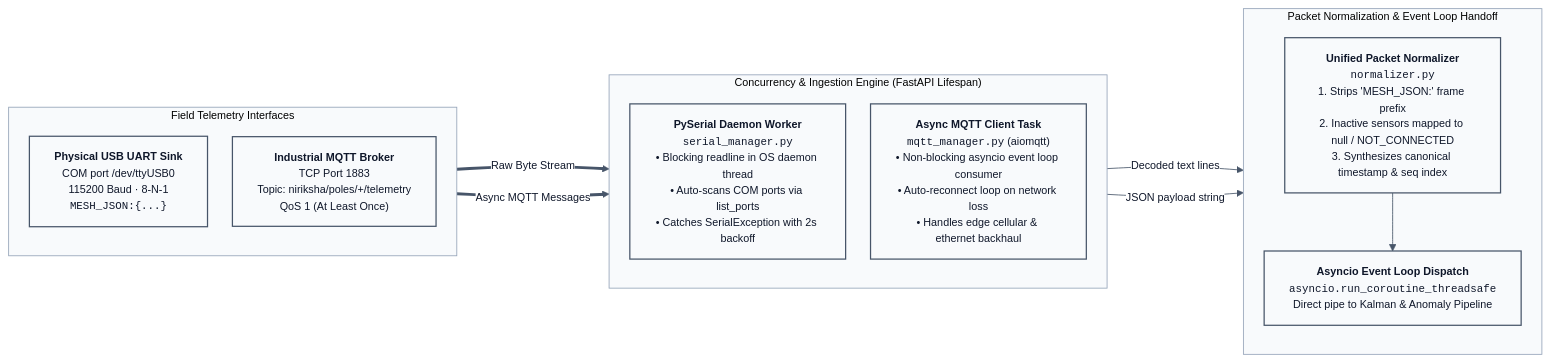
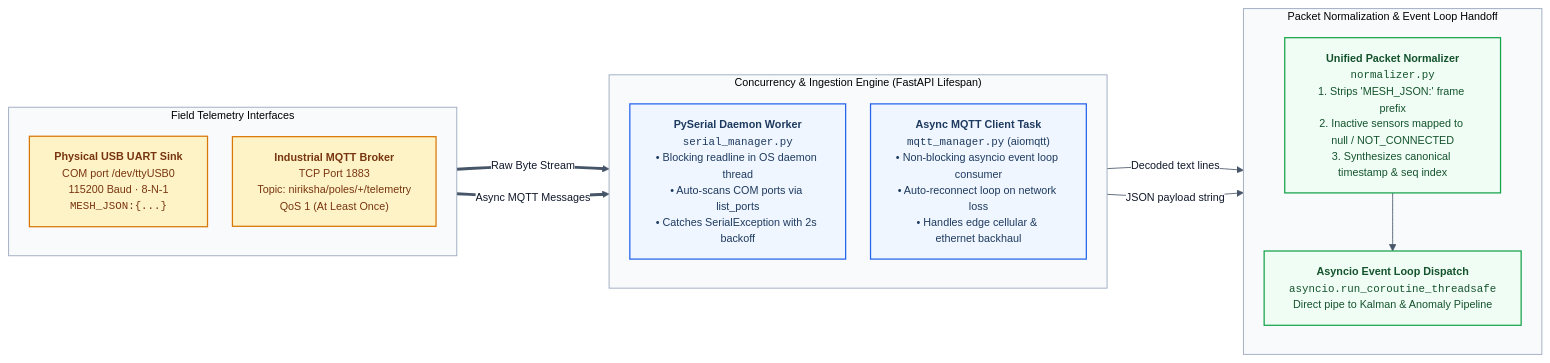
Before and after one commit to MadhavK3/niriksha: the first of 2 diagrams in docs/03_INGESTION_AND_PROTOCOLS.md, drawn with Mermaid. The commit also changed other lines of this file and 10 other files, not shown here.

Commit message:
docs: overhaul architecture diagrams to semantic monochromatic Mermaid flowcharts

````diff
--- a/docs/03_INGESTION_AND_PROTOCOLS.md
+++ b/docs/03_INGESTION_AND_PROTOCOLS.md
@@ -11,47 +11,51 @@
 ```mermaid
 %%{init: {
   "theme": "base",
   "themeVariables": {
     "fontFamily": "Inter, Segoe UI, -apple-system, BlinkMacSystemFont, Roboto, sans-serif",
     "fontSize": "13px",
     "primaryColor": "#ffffff",
     "primaryBorderColor": "#64748b",
     "primaryTextColor": "#0f172a",
     "lineColor": "#475569",
     "clusterBkg": "#f8fafc",
     "clusterBorder": "#94a3b8"
   },
   "flowchart": { "curve": "basis", "htmlLabels": true, "nodeSpacing": 30, "rankSpacing": 45 }
 } }%%
 flowchart LR
     subgraph SOURCES["Field Telemetry Interfaces"]
         direction TB
         USB["<b>Physical USB UART Sink</b><br/>COM port /dev/ttyUSB0<br/>115200 Baud · 8-N-1<br/><code>MESH_JSON:{...}\n</code>"]
         BROKER["<b>Industrial MQTT Broker</b><br/>TCP Port 1883<br/>Topic: niriksha/poles/+/telemetry<br/>QoS 1 (At Least Once)"]
     end
 
     subgraph WORKERS["Concurrency & Ingestion Engine (FastAPI Lifespan)"]
         direction TB
         SER_TH["<b>PySerial Daemon Worker</b><br/><code>serial_manager.py</code><br/>• Blocking readline in OS daemon thread<br/>• Auto-scans COM ports via list_ports<br/>• Catches SerialException with 2s backoff"]
         
         MQTT_CO["<b>Async MQTT Client Task</b><br/><code>mqtt_manager.py</code> (aiomqtt)<br/>• Non-blocking asyncio event loop consumer<br/>• Auto-reconnect loop on network loss<br/>• Handles edge cellular &amp; ethernet backhaul"]
     end
 
     USB ==>|"Raw Byte Stream"| SER_TH
     BROKER ==>|"Async MQTT Messages"| MQTT_CO
 
     subgraph PIPELINE["Packet Normalization & Event Loop Handoff"]
         direction TB
         NORM["<b>Unified Packet Normalizer</b><br/><code>normalizer.py</code><br/>1. Strips 'MESH_JSON:' frame prefix<br/>2. Inactive sensors mapped to null / NOT_CONNECTED<br/>3. Synthesizes canonical timestamp &amp; seq index"]
         DISPATCH["<b>Asyncio Event Loop Dispatch</b><br/><code>asyncio.run_coroutine_threadsafe</code><br/>Direct pipe to Kalman &amp; Anomaly Pipeline"]
         NORM --> DISPATCH
     end
 
     SER_TH -->|"Decoded text lines"| NORM
     MQTT_CO -->|"JSON payload string"| NORM
 
     classDef default fill:#ffffff,stroke:#64748b,stroke-width:1px,color:#0f172a;
-    classDef blueprint fill:#f8fafc,stroke:#475569,stroke-width:1.5px,color:#0f172a;
+    classDef nodeSource fill:#fef3c7,stroke:#d97706,stroke-width:1.5px,color:#78350f;
+    classDef nodeWorker fill:#eff6ff,stroke:#2563eb,stroke-width:1.5px,color:#1e3a5f;
+    classDef nodePipe fill:#f0fdf4,stroke:#16a34a,stroke-width:1.5px,color:#14532d;
 
-    class USB,BROKER,SER_TH,MQTT_CO,NORM,DISPATCH blueprint;
+    class USB,BROKER nodeSource;
+    class SER_TH,MQTT_CO nodeWorker;
+    class NORM,DISPATCH nodePipe;
 ```
````
